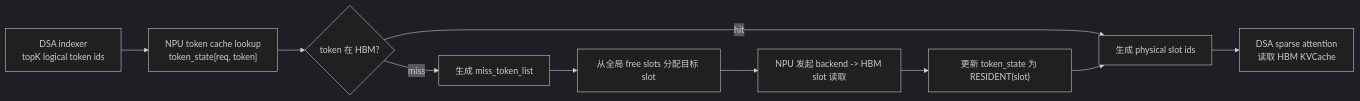
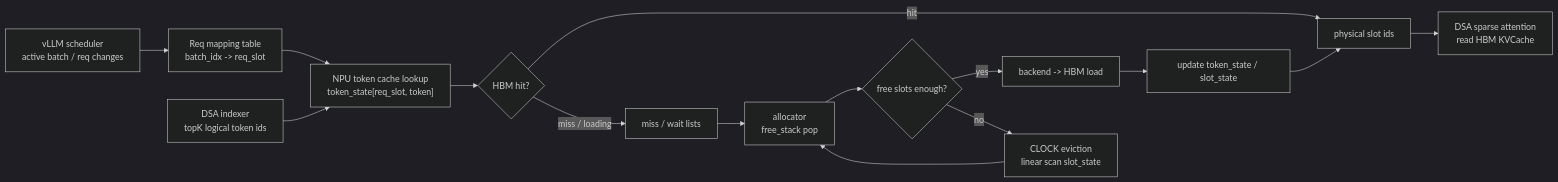
One commit to ykfnxx/ASU-Ascend changed the first of 13 diagrams in docs/draft/2026-06-02-npu-hbm-kvcache-management-draft.md. Above: the diagram before and after it, drawn with Mermaid (dark theme). The commit also changed other lines of this file, not shown here.

Commit message:
Update KVCache draft with index flows

````diff
--- a/docs/draft/2026-06-02-npu-hbm-kvcache-management-draft.md
+++ b/docs/draft/2026-06-02-npu-hbm-kvcache-management-draft.md
@@ -63,12 +66,17 @@
 ```mermaid
 flowchart LR
-    A["DSA indexer<br/>topK logical token ids"] --> B["NPU token cache lookup<br/>token_state[req, token]"]
-    B --> C{"token 在 HBM?"}
-    C -- "hit" --> D["生成 physical slot ids"]
-    C -- "miss" --> E["生成 miss_token_list"]
-    E --> F["从全局 free slots 分配目标 slot"]
-    F --> G["NPU 发起 backend -> HBM slot 读取"]
-    G --> H["更新 token_state 为 RESIDENT(slot)"]
-    H --> D
-    D --> I["DSA sparse attention<br/>读取 HBM KVCache"]
+    V["vLLM scheduler<br/>active batch / req changes"] --> R["Req mapping table<br/>batch_idx -> req_slot"]
+    I["DSA indexer<br/>topK logical token ids"] --> L["NPU token cache lookup<br/>token_state[req_slot, token]"]
+    R --> L
+    L --> H{"HBM hit?"}
+    H -- "hit" --> P["physical slot ids"]
+    H -- "miss / loading" --> M["miss / wait lists"]
+    M --> A["allocator<br/>free_stack pop"]
+    A --> E{"free slots enough?"}
+    E -- "yes" --> IO["backend -> HBM load"]
+    E -- "no" --> C["CLOCK eviction<br/>linear scan slot_state"]
+    C --> A
+    IO --> U["update token_state / slot_state"]
+    U --> P
+    P --> S["DSA sparse attention<br/>read HBM KVCache"]
 ```
````
